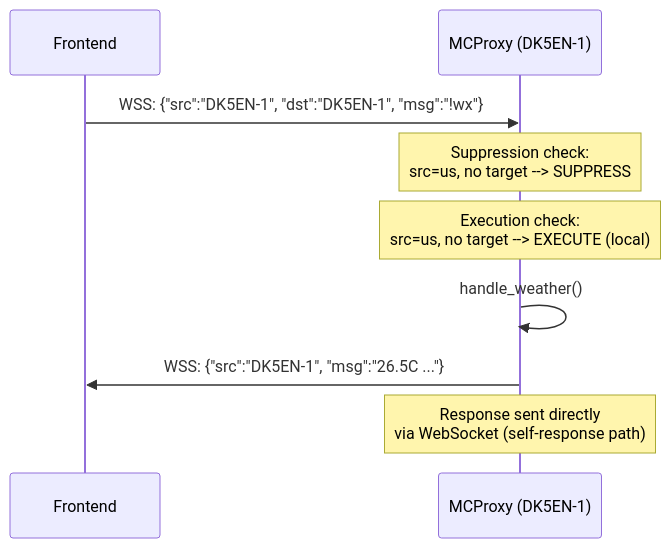
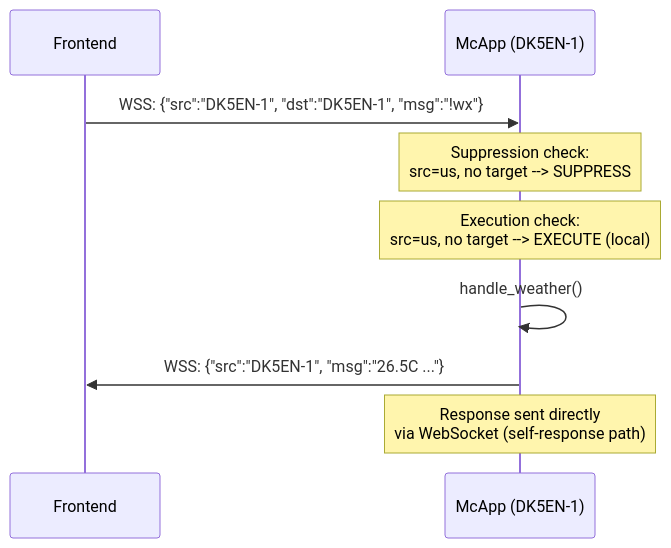
The third of 7 diagrams in doc/command-if.md (DK5EN/McApp), drawn with Mermaid before and after one commit. The commit also changed other lines of this file and 62 other files, not shown here.

First line of the commit message:
[refactor] Rename MCProxy → McApp across entire codebase

````diff
--- a/doc/command-if.md
+++ b/doc/command-if.md
@@ -507,12 +507,12 @@
 ```mermaid
 sequenceDiagram
     participant FE as Frontend
-    participant MC as MCProxy (DK5EN-1)
+    participant MC as McApp (DK5EN-1)
 
     FE->>MC: WSS: {"src":"DK5EN-1", "dst":"DK5EN-1", "msg":"!wx"}
     Note over MC: Suppression check:<br/>src=us, no target --> SUPPRESS
     Note over MC: Execution check:<br/>src=us, no target --> EXECUTE (local)
     MC->>MC: handle_weather()
     MC->>FE: WSS: {"src":"DK5EN-1", "msg":"26.5C ..."}
     Note over MC: Response sent directly<br/>via WebSocket (self-response path)
 ```
````
